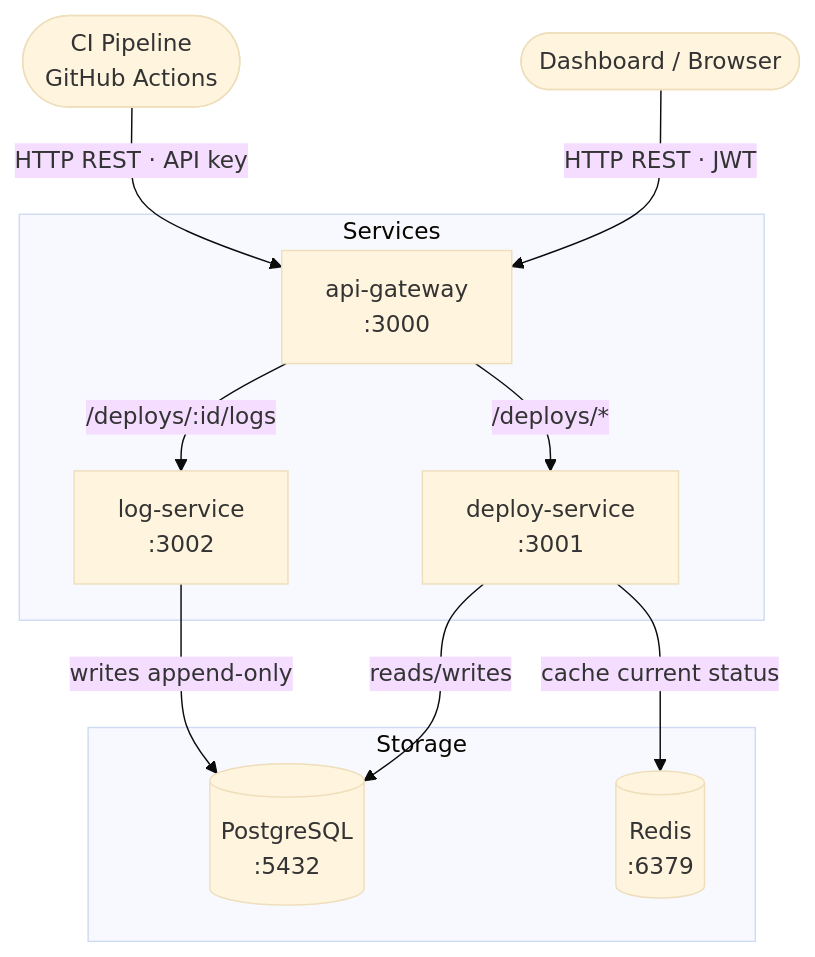
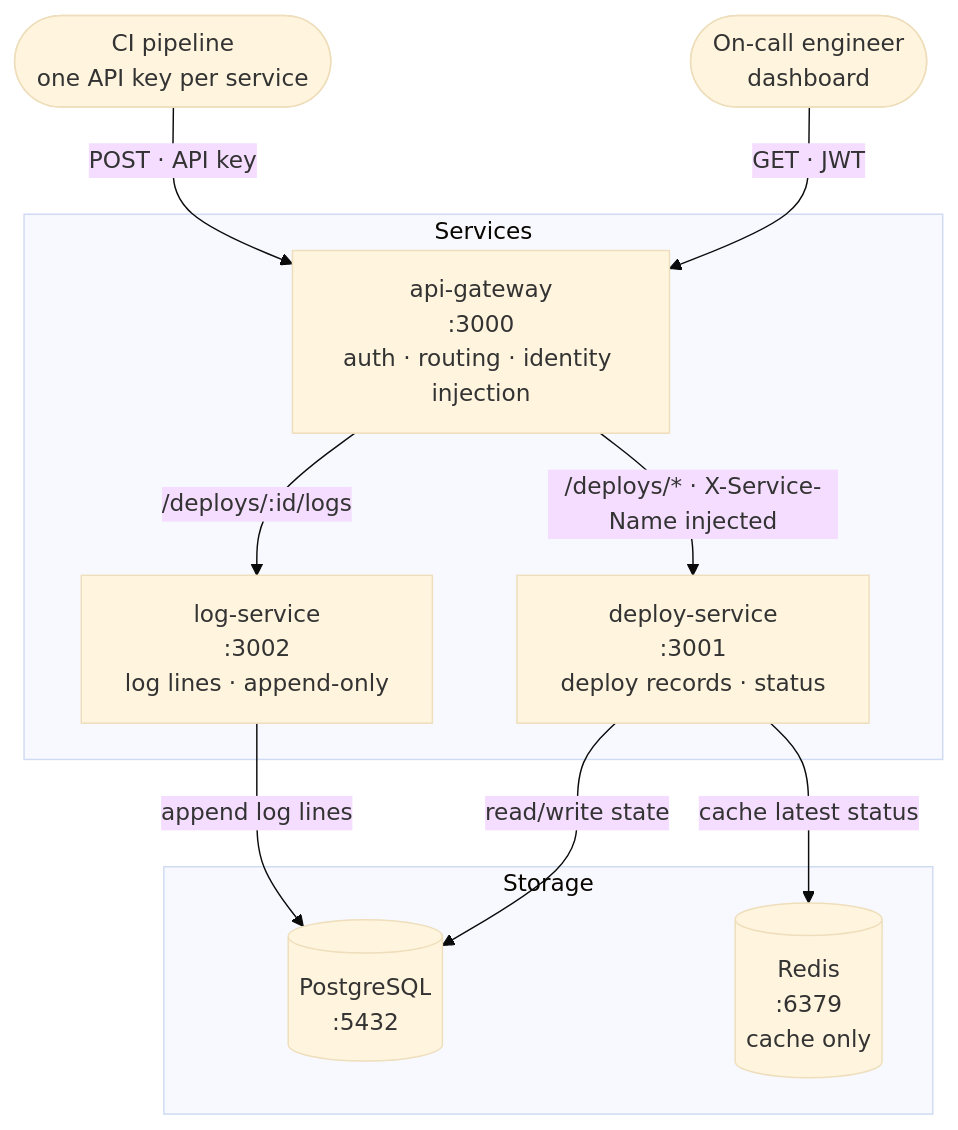
One commit to proops2026-deploy-status-checker/docs changed the diagram in architecture.md. Above: the diagram before and after it, drawn with Mermaid (base theme). The commit also changed other lines of this file, not shown here.

````diff
--- a/architecture.md
+++ b/architecture.md
@@ -9,24 +17,24 @@
 ```mermaid
 graph TD
-  Client([Dashboard / Browser])
-  CI([CI Pipeline<br/>GitHub Actions])
+  OnCall([On-call engineer<br/>dashboard])
+  CI([CI pipeline<br/>one API key per service])
 
   subgraph Services
-    GW[api-gateway<br/>:3000]
-    DS[deploy-service<br/>:3001]
-    LS[log-service<br/>:3002]
+    GW[api-gateway<br/>:3000<br/>auth · routing · identity injection]
+    DS[deploy-service<br/>:3001<br/>deploy records · status]
+    LS[log-service<br/>:3002<br/>log lines · append-only]
   end
 
   subgraph Storage
     PG[(PostgreSQL<br/>:5432)]
-    RD[(Redis<br/>:6379)]
+    RD[(Redis<br/>:6379<br/>cache only)]
   end
 
-  Client -->|HTTP REST · JWT| GW
-  CI -->|HTTP REST · API key| GW
-  GW -->|/deploys/*| DS
-  GW -->|/deploys/:id/logs| LS
-  DS -->|reads/writes| PG
-  LS -->|writes append-only| PG
-  DS -->|cache current status| RD
+  OnCall -->|GET · JWT| GW
+  CI -->|POST · API key| GW
+  GW -->|"/deploys/* · X-Service-Name injected"| DS
+  GW -->|"/deploys/:id/logs"| LS
+  DS -->|read/write state| PG
+  LS -->|append log lines| PG
+  DS -->|cache latest status| RD
 ```
````
